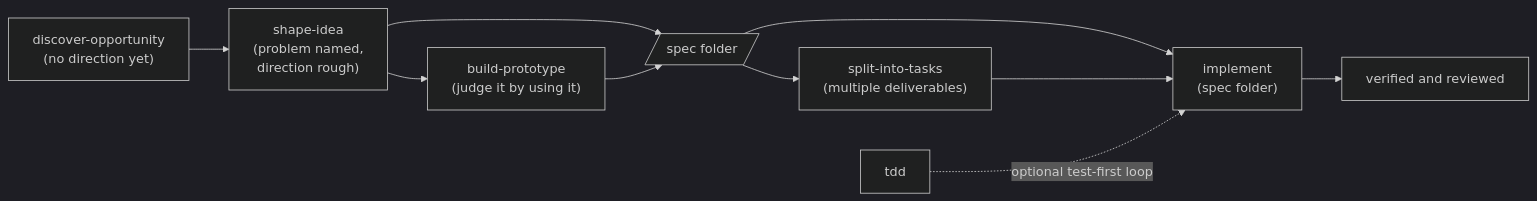
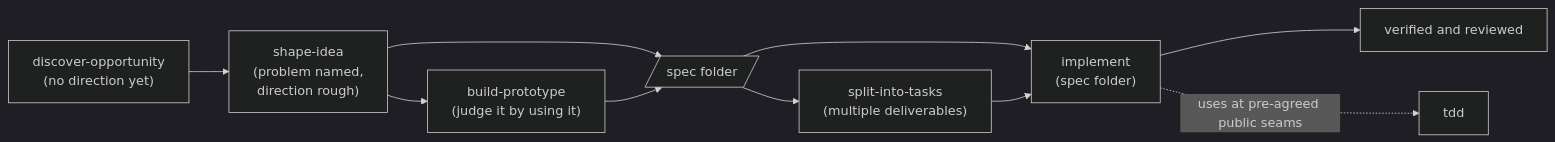
The diagram in README.md (toy-crane/skills), drawn with Mermaid (dark theme) before and after one commit. The commit also changed other lines of this file and 4 other files, not shown here.

Commit message:
feat(implement): use tdd at agreed public seams (#64)

````diff
--- a/README.md
+++ b/README.md
@@ -47,12 +47,12 @@
 ```mermaid
 flowchart LR
     DO["discover-opportunity<br/>(no direction yet)"] --> SI["shape-idea<br/>(problem named,<br/>direction rough)"]
     SI --> BP["build-prototype<br/>(judge it by using it)"]
     SI --> SPEC[/spec folder/]
     BP --> SPEC
     SPEC --> ST["split-into-tasks<br/>(multiple deliverables)"]
     SPEC --> IM["implement<br/>(spec folder)"]
     ST --> IM
     IM --> DONE["verified and reviewed"]
-    TDD[tdd] -. "optional test-first loop" .-> IM
+    IM -. "uses at pre-agreed public seams" .-> TDD[tdd]
 ```
````
